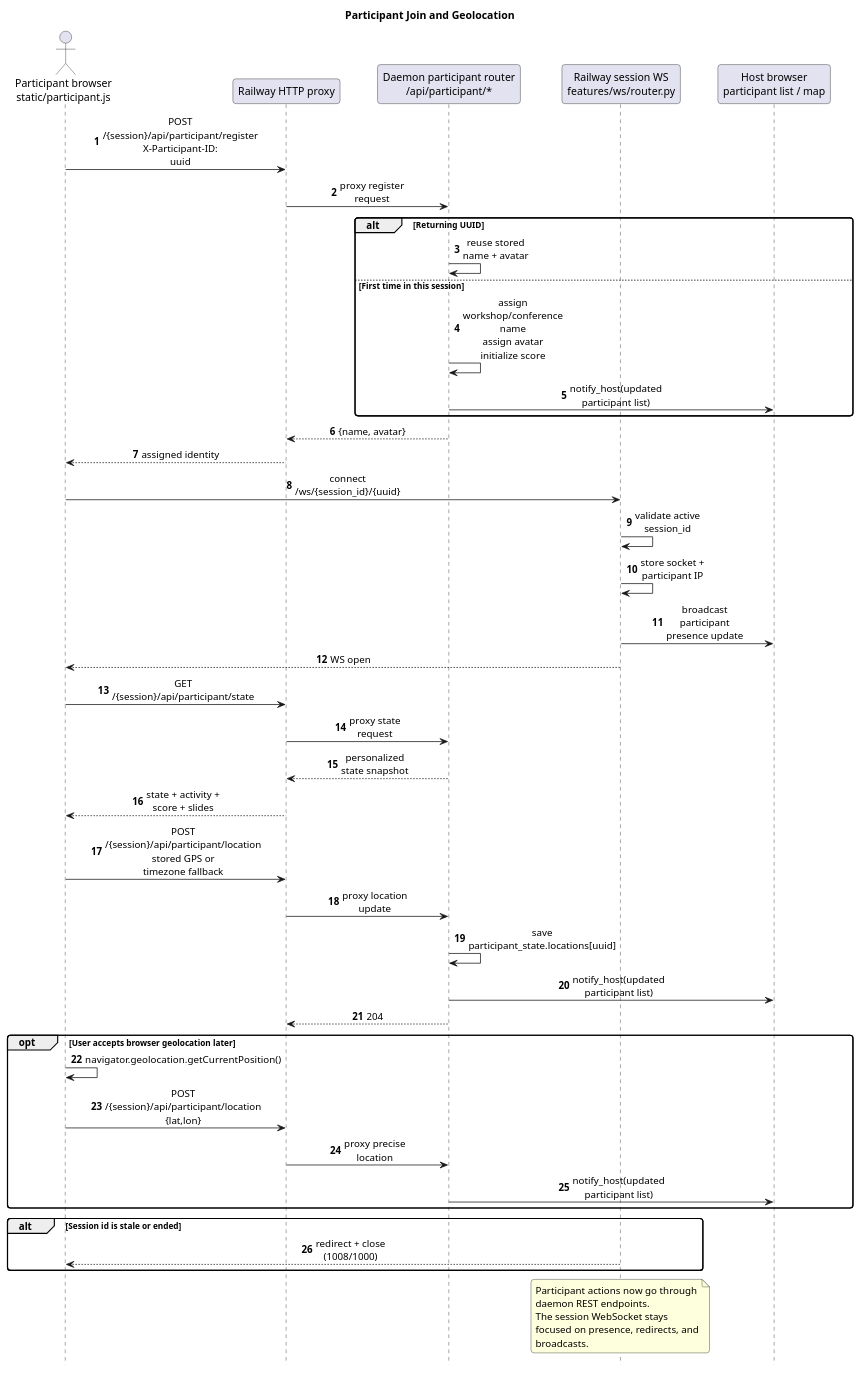
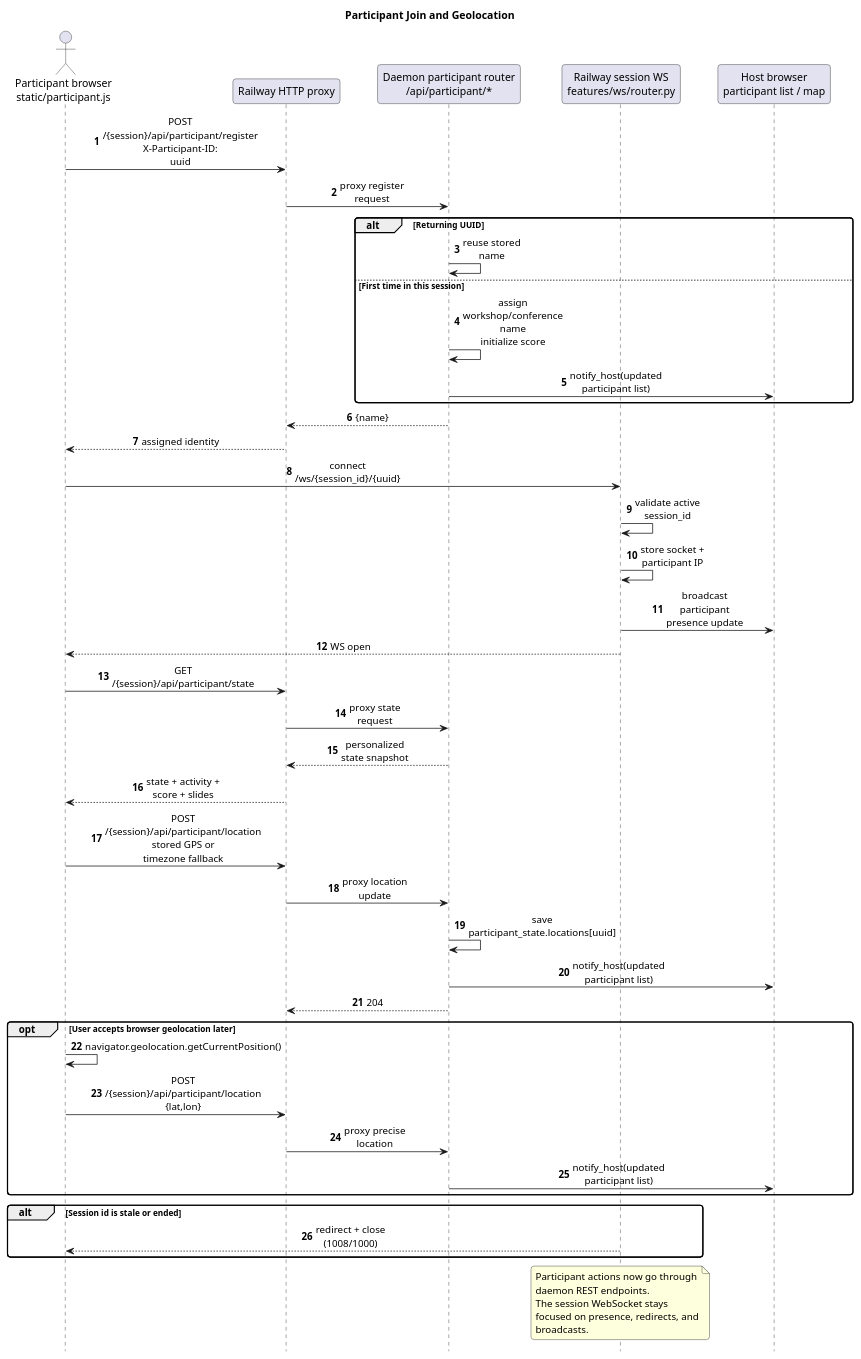
Before and after one commit to victorrentea/training-assistant: the diagram in docs/sequences/manual/02-participant-join-and-geolocation.puml, drawn with PlantUML. The commit also changed 95 other files, not shown here.

```diff
--- a/docs/sequences/manual/02-participant-join-and-geolocation.puml
+++ b/docs/sequences/manual/02-participant-join-and-geolocation.puml
@@ -1,65 +1,65 @@
 @startuml
 title Participant Join and Geolocation
 hide footbox
 autonumber
 
 skinparam BackgroundColor transparent
 skinparam SequenceMessageAlign center
 skinparam ParticipantPadding 20
 skinparam BoxPadding 10
 skinparam MaxMessageSize 110
 skinparam WrapWidth 220
 skinparam RoundCorner 8
 
 actor "Participant browser\nstatic/participant.js" as Participant
 participant "Railway HTTP proxy" as RailwayHTTP
 participant "Daemon participant router\n/api/participant/*" as ParticipantAPI
 participant "Railway session WS\nfeatures/ws/router.py" as RailwayWS
 participant "Host browser\nparticipant list / map" as Host
 
 Participant -> RailwayHTTP: POST /{session}/api/participant/register\nX-Participant-ID: uuid
 RailwayHTTP -> ParticipantAPI: proxy register request
 
 alt Returning UUID
-  ParticipantAPI -> ParticipantAPI: reuse stored name + avatar
+  ParticipantAPI -> ParticipantAPI: reuse stored name
 else First time in this session
-  ParticipantAPI -> ParticipantAPI: assign workshop/conference name\nassign avatar\ninitialize score
+  ParticipantAPI -> ParticipantAPI: assign workshop/conference name\ninitialize score
   ParticipantAPI -> Host: notify_host(updated participant list)
 end
 
-ParticipantAPI --> RailwayHTTP: {name, avatar}
+ParticipantAPI --> RailwayHTTP: {name}
 RailwayHTTP --> Participant: assigned identity
 
 Participant -> RailwayWS: connect /ws/{session_id}/{uuid}
 RailwayWS -> RailwayWS: validate active session_id
 RailwayWS -> RailwayWS: store socket + participant IP
 RailwayWS -> Host: broadcast participant presence update
 RailwayWS --> Participant: WS open
 
 Participant -> RailwayHTTP: GET /{session}/api/participant/state
 RailwayHTTP -> ParticipantAPI: proxy state request
 ParticipantAPI --> RailwayHTTP: personalized state snapshot
 RailwayHTTP --> Participant: state + activity + score + slides
 
 Participant -> RailwayHTTP: POST /{session}/api/participant/location\nstored GPS or timezone fallback
 RailwayHTTP -> ParticipantAPI: proxy location update
 ParticipantAPI -> ParticipantAPI: save participant_state.locations[uuid]
 ParticipantAPI -> Host: notify_host(updated participant list)
 ParticipantAPI --> RailwayHTTP: 204
 
 opt User accepts browser geolocation later
   Participant -> Participant: navigator.geolocation.getCurrentPosition()
   Participant -> RailwayHTTP: POST /{session}/api/participant/location {lat,lon}
   RailwayHTTP -> ParticipantAPI: proxy precise location
   ParticipantAPI -> Host: notify_host(updated participant list)
 end
 
 alt Session id is stale or ended
   RailwayWS --> Participant: redirect + close (1008/1000)
 end
 
 note over RailwayWS
 Participant actions now go through daemon REST endpoints.
 The session WebSocket stays focused on presence, redirects, and broadcasts.
 end note
 @enduml
```
